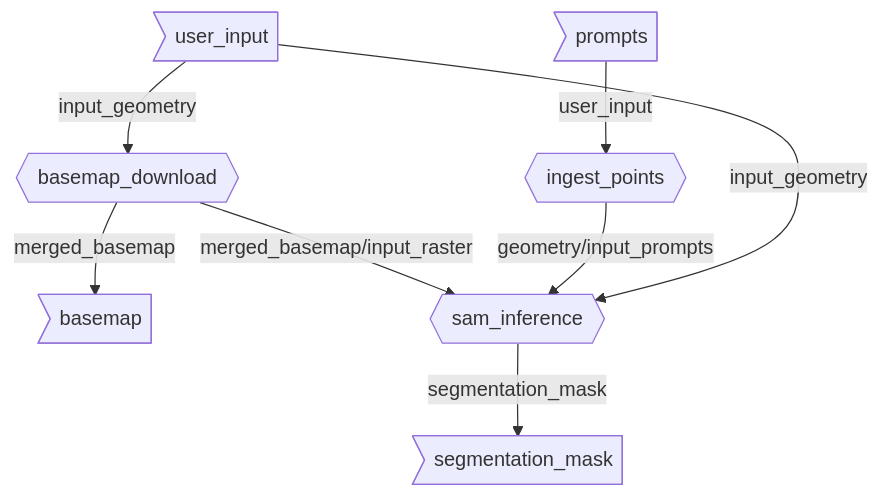
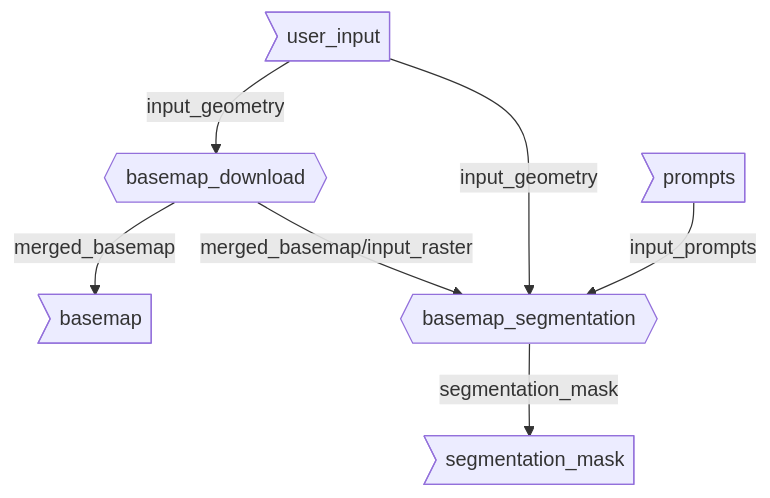
The diagram in docs/source/docfiles/markdown/workflow_yaml/farm_ai/segmentation/segment_basemap.md (microsoft/farmvibes-ai), drawn with Mermaid before and after one commit. The commit also changed other lines of this file and 152 other files, not shown here.

````diff
--- a/docs/source/docfiles/markdown/workflow_yaml/farm_ai/segmentation/segment_basemap.md
+++ b/docs/source/docfiles/markdown/workflow_yaml/farm_ai/segmentation/segment_basemap.md
@@ -67,17 +5,15 @@
 ```{mermaid}
     graph TD
     inp1>user_input]
     inp2>prompts]
     out1>basemap]
     out2>segmentation_mask]
     tsk1{{basemap_download}}
-    tsk2{{ingest_points}}
-    tsk3{{sam_inference}}
-    tsk1{{basemap_download}} -- merged_basemap/input_raster --> tsk3{{sam_inference}}
-    tsk2{{ingest_points}} -- geometry/input_prompts --> tsk3{{sam_inference}}
+    tsk2{{basemap_segmentation}}
+    tsk1{{basemap_download}} -- merged_basemap/input_raster --> tsk2{{basemap_segmentation}}
     inp1>user_input] -- input_geometry --> tsk1{{basemap_download}}
-    inp1>user_input] -- input_geometry --> tsk3{{sam_inference}}
-    inp2>prompts] -- user_input --> tsk2{{ingest_points}}
+    inp1>user_input] -- input_geometry --> tsk2{{basemap_segmentation}}
+    inp2>prompts] -- input_prompts --> tsk2{{basemap_segmentation}}
     tsk1{{basemap_download}} -- merged_basemap --> out1>basemap]
-    tsk3{{sam_inference}} -- segmentation_mask --> out2>segmentation_mask]
+    tsk2{{basemap_segmentation}} -- segmentation_mask --> out2>segmentation_mask]
 ```
````
